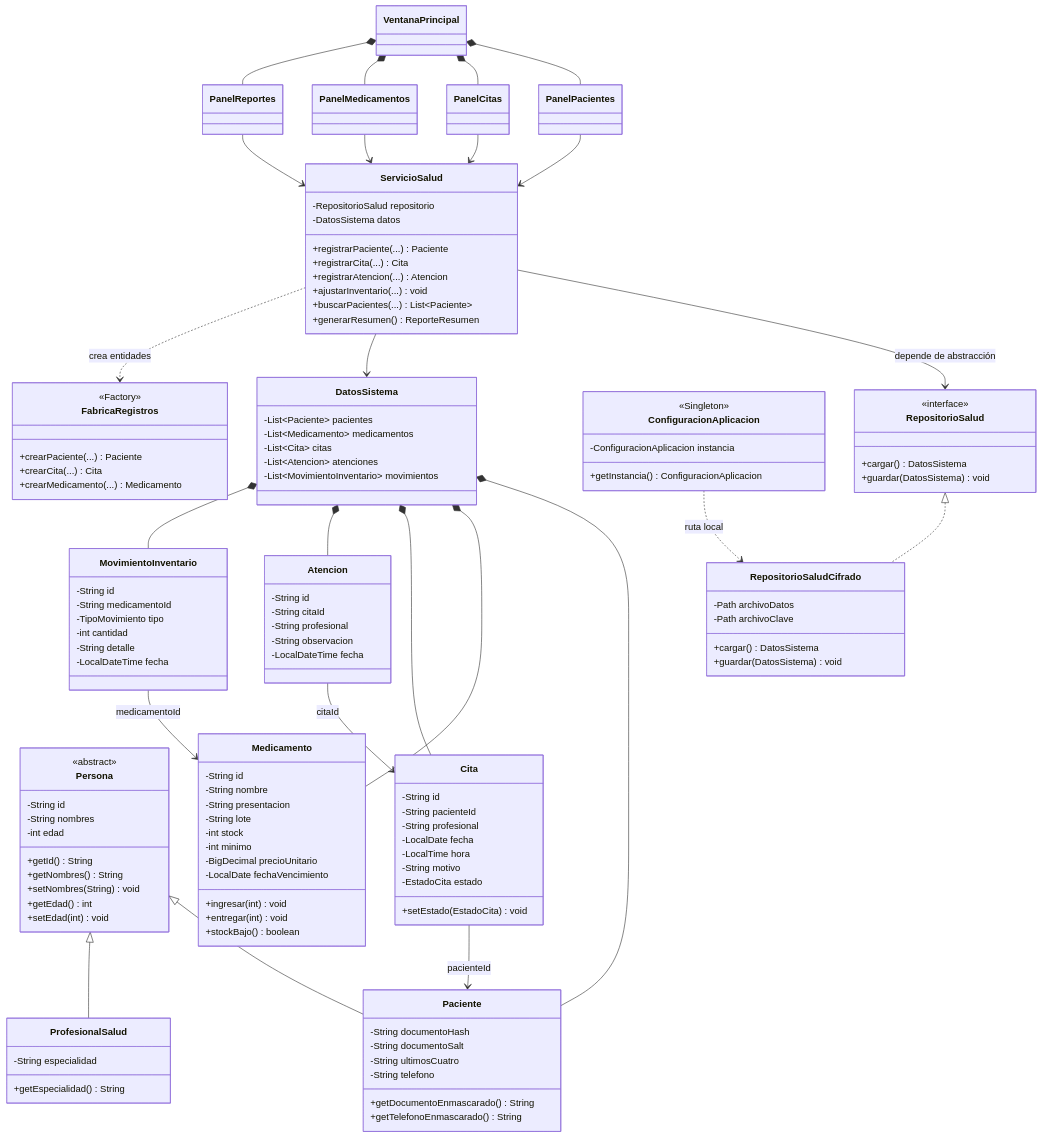
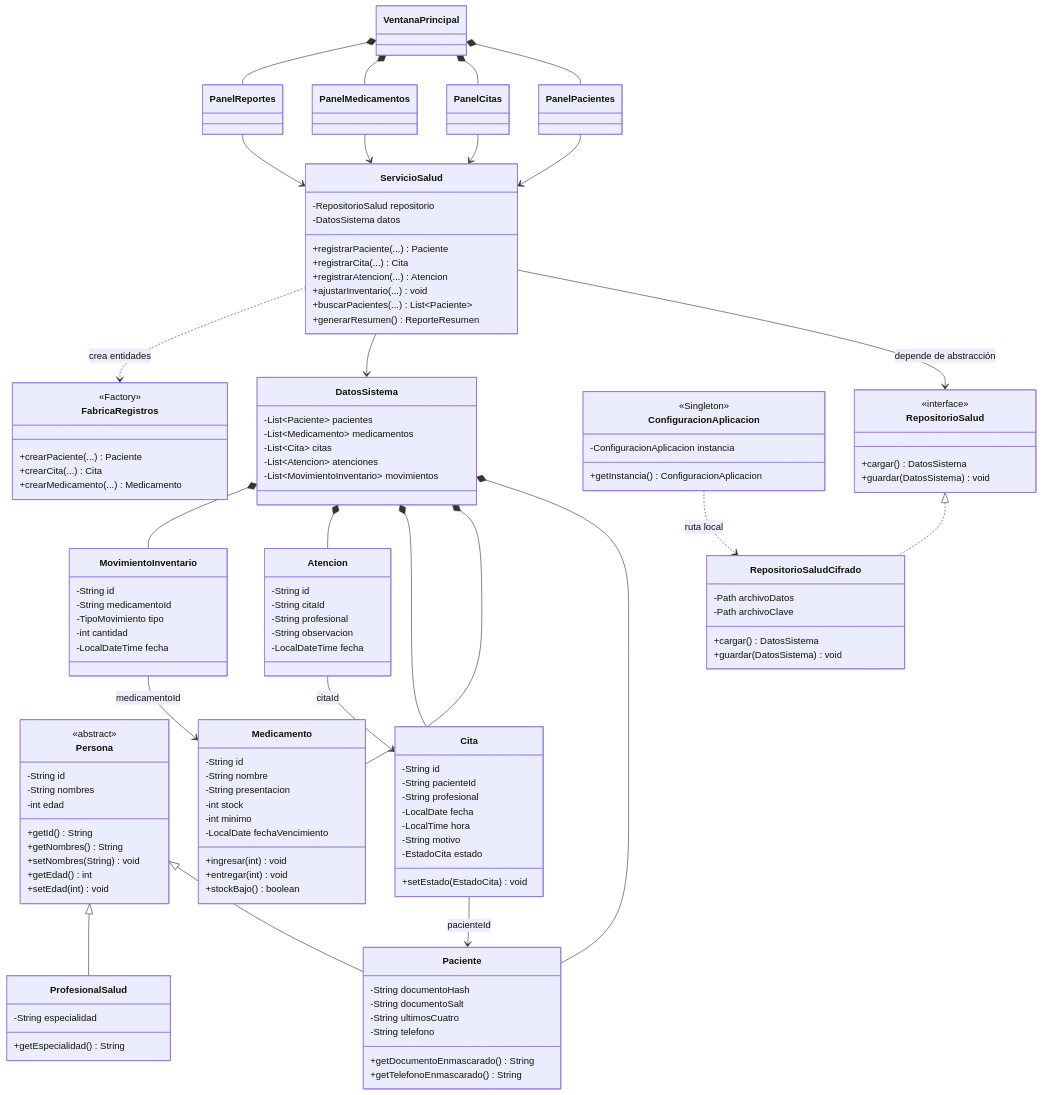
The diagram in docs/diagrama_clases.mmd (limayung98-ux/SistemaRural), drawn with Mermaid before and after one commit. The commit also changed 21 other files, not shown here.

```diff
--- a/docs/diagrama_clases.mmd
+++ b/docs/diagrama_clases.mmd
@@ -1,130 +1,127 @@
 classDiagram
     class Persona {
       <<abstract>>
       -String id
       -String nombres
       -int edad
       +getId() String
       +getNombres() String
       +setNombres(String) void
       +getEdad() int
       +setEdad(int) void
     }
     class Paciente {
       -String documentoHash
       -String documentoSalt
       -String ultimosCuatro
       -String telefono
       +getDocumentoEnmascarado() String
       +getTelefonoEnmascarado() String
     }
     class ProfesionalSalud {
       -String especialidad
       +getEspecialidad() String
     }
     class Cita {
       -String id
       -String pacienteId
       -String profesional
       -LocalDate fecha
       -LocalTime hora
       -String motivo
       -EstadoCita estado
       +setEstado(EstadoCita) void
     }
     class Medicamento {
       -String id
       -String nombre
       -String presentacion
-      -String lote
       -int stock
       -int minimo
-      -BigDecimal precioUnitario
       -LocalDate fechaVencimiento
       +ingresar(int) void
       +entregar(int) void
       +stockBajo() boolean
     }
     class Atencion {
       -String id
       -String citaId
       -String profesional
       -String observacion
       -LocalDateTime fecha
     }
     class MovimientoInventario {
       -String id
       -String medicamentoId
       -TipoMovimiento tipo
       -int cantidad
-      -String detalle
       -LocalDateTime fecha
     }
     class DatosSistema {
       -List~Paciente~ pacientes
       -List~Medicamento~ medicamentos
       -List~Cita~ citas
       -List~Atencion~ atenciones
       -List~MovimientoInventario~ movimientos
     }
     class RepositorioSalud {
       <<interface>>
       +cargar() DatosSistema
       +guardar(DatosSistema) void
     }
     class RepositorioSaludCifrado {
       -Path archivoDatos
       -Path archivoClave
       +cargar() DatosSistema
       +guardar(DatosSistema) void
     }
     class ServicioSalud {
       -RepositorioSalud repositorio
       -DatosSistema datos
       +registrarPaciente(...) Paciente
       +registrarCita(...) Cita
       +registrarAtencion(...) Atencion
       +ajustarInventario(...) void
       +buscarPacientes(...) List~Paciente~
       +generarResumen() ReporteResumen
     }
     class ConfiguracionAplicacion {
       <<Singleton>>
       -ConfiguracionAplicacion instancia
       +getInstancia() ConfiguracionAplicacion
     }
     class FabricaRegistros {
       <<Factory>>
       +crearPaciente(...) Paciente
       +crearCita(...) Cita
       +crearMedicamento(...) Medicamento
     }
     class VentanaPrincipal
     class PanelPacientes
     class PanelCitas
     class PanelMedicamentos
     class PanelReportes
 
     Persona <|-- Paciente
     Persona <|-- ProfesionalSalud
     DatosSistema *-- Paciente
     DatosSistema *-- Medicamento
     DatosSistema *-- Cita
     DatosSistema *-- Atencion
     DatosSistema *-- MovimientoInventario
     RepositorioSalud <|.. RepositorioSaludCifrado
     ServicioSalud --> RepositorioSalud : depende de abstracción
     ServicioSalud --> DatosSistema
     ServicioSalud ..> FabricaRegistros : crea entidades
     Cita --> Paciente : pacienteId
     Atencion --> Cita : citaId
     MovimientoInventario --> Medicamento : medicamentoId
     VentanaPrincipal *-- PanelPacientes
     VentanaPrincipal *-- PanelCitas
     VentanaPrincipal *-- PanelMedicamentos
     VentanaPrincipal *-- PanelReportes
     PanelPacientes --> ServicioSalud
     PanelCitas --> ServicioSalud
     PanelMedicamentos --> ServicioSalud
     PanelReportes --> ServicioSalud
     ConfiguracionAplicacion ..> RepositorioSaludCifrado : ruta local
```
